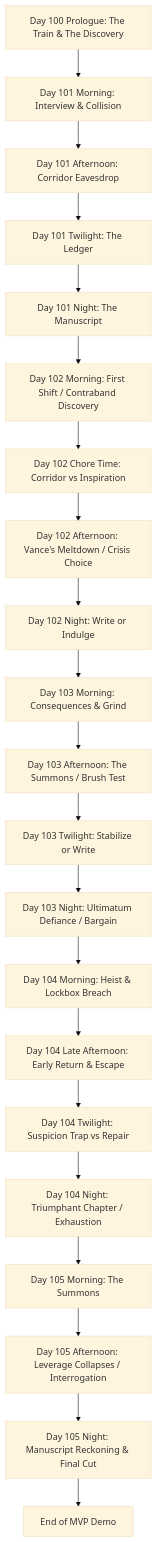
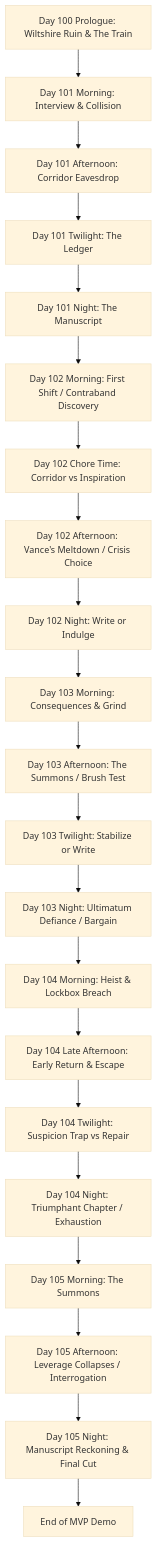
One commit to mikezilla14/untitled-victorian-vn changed the first of 2 diagrams in main-game/draft/releases/planning/story_board.md. Above: the diagram before and after it, drawn with Mermaid (base theme). The commit also changed other lines of this file and 21 other files, not shown here.

First line of the commit message:
feat: revise Day 100 prologue with Lady Eleanor scandal and sync story board

````diff
--- a/main-game/draft/releases/planning/story_board.md
+++ b/main-game/draft/releases/planning/story_board.md
@@ -51,23 +51,23 @@
 ```mermaid
 flowchart TD
-    D100[Day 100 Prologue: The Train & The Discovery] --> D101M[Day 101 Morning: Interview & Collision]
+    D100[Day 100 Prologue: Wiltshire Ruin & The Train] --> D101M[Day 101 Morning: Interview & Collision]
     D101M --> D101A[Day 101 Afternoon: Corridor Eavesdrop]
     D101A --> D101T[Day 101 Twilight: The Ledger]
     D101T --> D101N[Day 101 Night: The Manuscript]
     D101N --> D102M[Day 102 Morning: First Shift / Contraband Discovery]
     D102M --> D102C[Day 102 Chore Time: Corridor vs Inspiration]
     D102C --> D102A[Day 102 Afternoon: Vance's Meltdown / Crisis Choice]
     D102A --> D102N[Day 102 Night: Write or Indulge]
     D102N --> D103M[Day 103 Morning: Consequences & Grind]
     D103M --> D103A[Day 103 Afternoon: The Summons / Brush Test]
     D103A --> D103T[Day 103 Twilight: Stabilize or Write]
     D103T --> D103N[Day 103 Night: Ultimatum Defiance / Bargain]
     D103N --> D104M[Day 104 Morning: Heist & Lockbox Breach]
     D104M --> D104A[Day 104 Late Afternoon: Early Return & Escape]
     D104A --> D104T[Day 104 Twilight: Suspicion Trap vs Repair]
     D104T --> D104N[Day 104 Night: Triumphant Chapter / Exhaustion]
     D104N --> D105M[Day 105 Morning: The Summons]
     D105M --> D105A[Day 105 Afternoon: Leverage Collapses / Interrogation]
     D105A --> D105N[Day 105 Night: Manuscript Reckoning & Final Cut]
     D105N --> End[End of MVP Demo]
 ```
````
